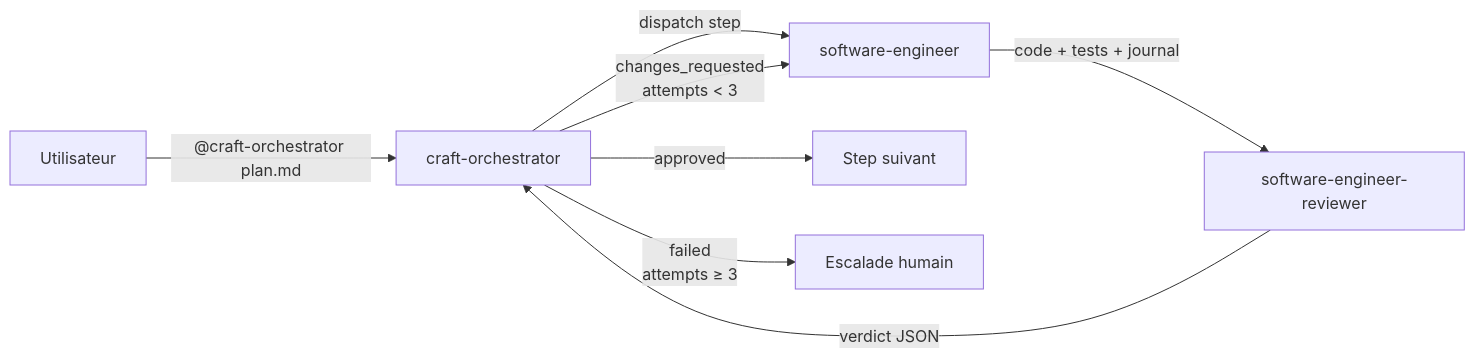
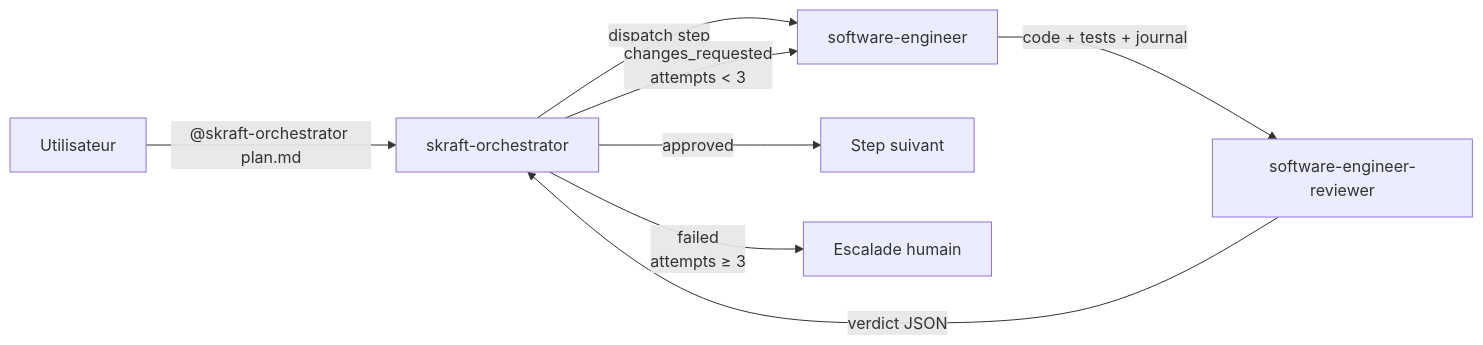
One commit to SebastienDegodez/skraft-plugin changed the diagram in docs/agent-software-engineer-and-reviewer.md. Above: the diagram before and after it, drawn with Mermaid. The commit also changed other lines of this file and 2 other files, not shown here.

Commit message:
docs: update references from craft-orchestrator to skraft-orchestrator

````diff
--- a/docs/agent-software-engineer-and-reviewer.md
+++ b/docs/agent-software-engineer-and-reviewer.md
@@ -27,10 +27,10 @@
 ```mermaid
 flowchart LR
-    U[Utilisateur] -->|"@craft-orchestrator plan.md"| O[craft-orchestrator]
+    U[Utilisateur] -->|"@skraft-orchestrator plan.md"| O[skraft-orchestrator]
     O -->|dispatch step| ENG[software-engineer]
     ENG -->|code + tests + journal| REV[software-engineer-reviewer]
     REV -->|verdict JSON| O
     O -->|approved| NEXT[Step suivant]
     O -->|changes_requested\nattempts < 3| ENG
     O -->|failed\nattempts ≥ 3| ESC[Escalade humain]
 ```
````
